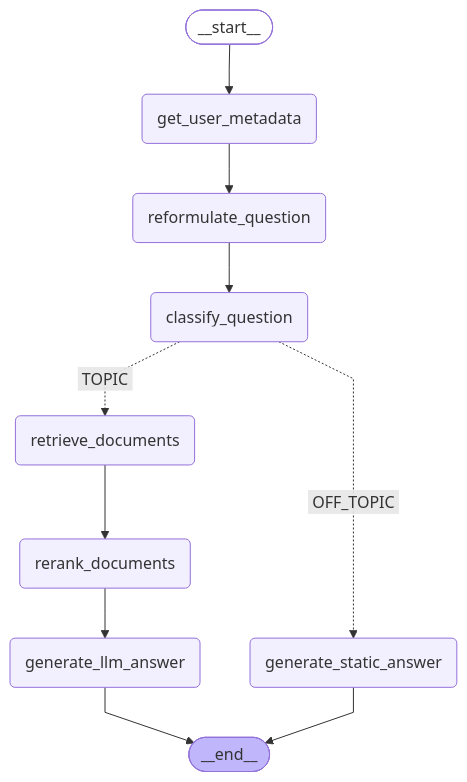
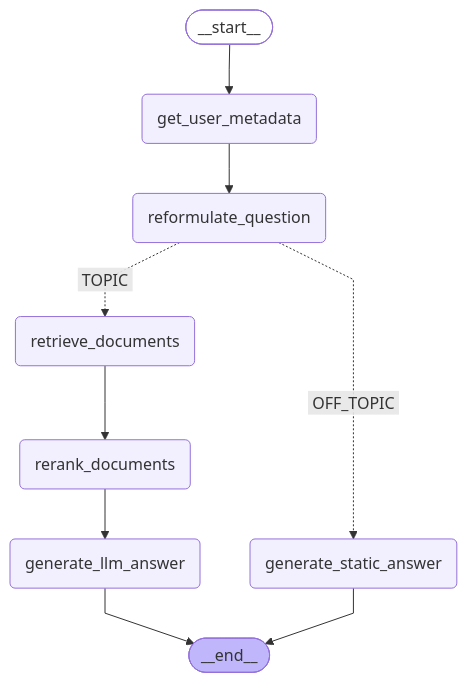
One commit to gabguerin/ragator-v2 changed the diagram in README.md. Above: the diagram before and after it, drawn with Mermaid. The commit also changed 60 other files, not shown here.

````diff
--- a/README.md
+++ b/README.md
@@ -5,29 +5,28 @@
 ```mermaid
 ---
 config:
   flowchart:
     curve: linear
 ---
 graph TD;
-    __start__([<p>__start__</p>]):::first
-    get_user_metadata(get_user_metadata)
-    reformulate_question(reformulate_question)
-    classify_question(classify_question)
-    generate_static_answer(generate_static_answer)
-    retrieve_documents(retrieve_documents)
-    rerank_documents(rerank_documents)
-    generate_llm_answer(generate_llm_answer)
-    __end__([<p>__end__</p>]):::last
-    __start__ --> get_user_metadata;
-    generate_llm_answer --> __end__;
-    generate_static_answer --> __end__;
-    get_user_metadata --> reformulate_question;
-    reformulate_question --> classify_question;
-    rerank_documents --> generate_llm_answer;
-    retrieve_documents --> rerank_documents;
-    classify_question -. &nbsp;OFF_TOPIC&nbsp; .-> generate_static_answer;
-    classify_question -. &nbsp;TOPIC&nbsp; .-> retrieve_documents;
-    classDef default fill:#f2f0ff,line-height:1.2
-    classDef first fill-opacity:0
-    classDef last fill:#bfb6fc
+        __start__([<p>__start__</p>]):::first
+        get_user_metadata(get_user_metadata)
+        reformulate_question(reformulate_question)
+        generate_static_answer(generate_static_answer)
+        retrieve_documents(retrieve_documents)
+        rerank_documents(rerank_documents)
+        generate_llm_answer(generate_llm_answer)
+        __end__([<p>__end__</p>]):::last
+        __start__ --> get_user_metadata;
+        generate_llm_answer --> __end__;
+        generate_static_answer --> __end__;
+        get_user_metadata --> reformulate_question;
+        rerank_documents --> generate_llm_answer;
+        retrieve_documents --> rerank_documents;
+        reformulate_question -. &nbsp;OFF_TOPIC&nbsp; .-> generate_static_answer;
+        reformulate_question -. &nbsp;TOPIC&nbsp; .-> retrieve_documents;
+        classDef default fill:#f2f0ff,line-height:1.2
+        classDef first fill-opacity:0
+        classDef last fill:#bfb6fc
+
 ```
````
